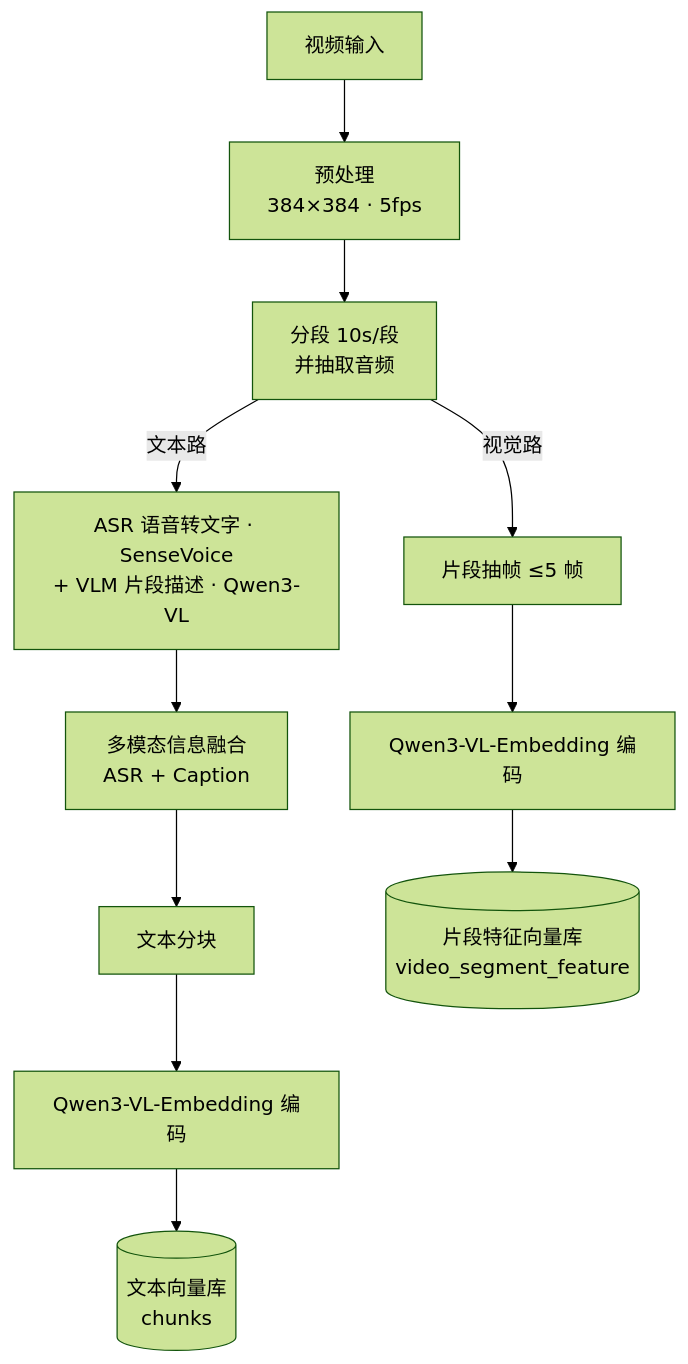
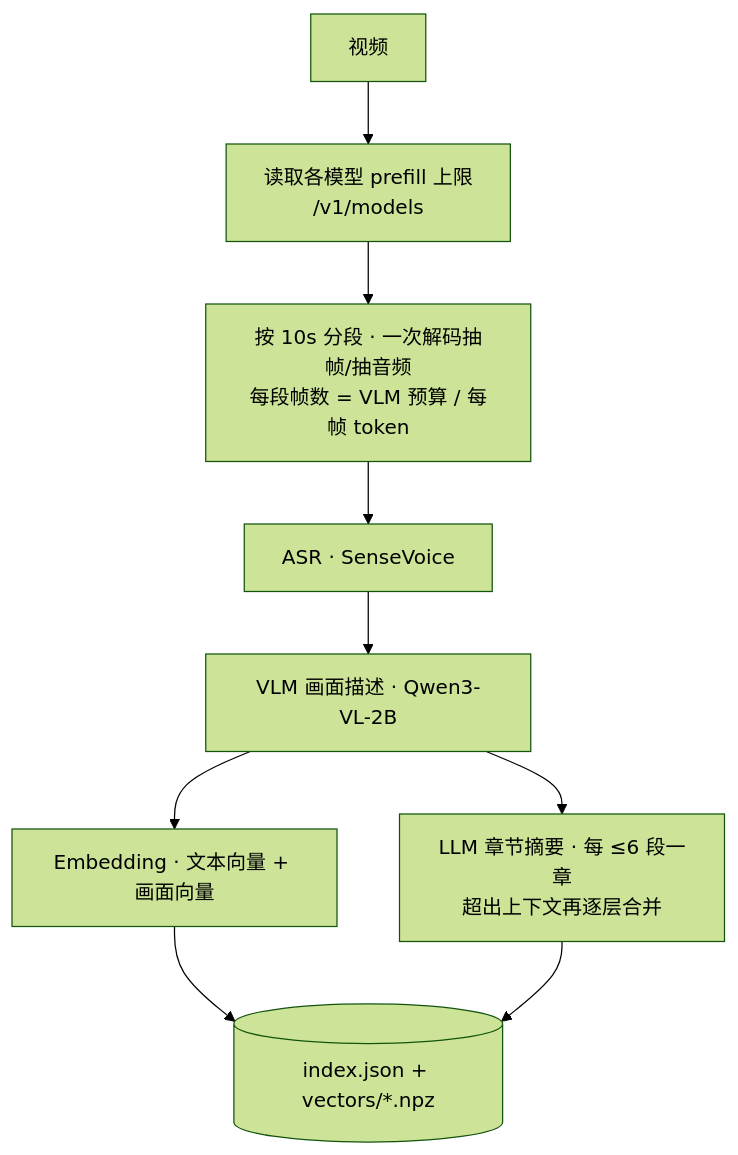
The first of 2 diagrams in README.md (ZHEQIUSHUI/VideoAgent-AX650N), drawn with Mermaid (forest theme) before and after one commit. The commit also changed other lines of this file and 79 other files, not shown here.

````diff
--- a/README.md
+++ b/README.md
@@ -106,15 +103,11 @@
 ```mermaid
 flowchart TD
-    A[视频输入] --> B[预处理<br/>384×384 · 5fps]
-    B --> C[分段 10s/段<br/>并抽取音频]
-
-    C -->|文本路| T1[ASR 语音转文字 · SenseVoice<br/>+ VLM 片段描述 · Qwen3-VL]
-    T1 --> T2[多模态信息融合<br/>ASR + Caption]
-    T2 --> T3[文本分块]
-    T3 --> T4[Qwen3-VL-Embedding 编码]
-    T4 --> DB1[(文本向量库<br/>chunks)]
-
-    C -->|视觉路| V1[片段抽帧 ≤5 帧]
-    V1 --> V2[Qwen3-VL-Embedding 编码]
-    V2 --> DB2[(片段特征向量库<br/>video_segment_feature)]
+    A[视频] --> B[读取各模型 prefill 上限<br/>/v1/models]
+    B --> C[按 10s 分段 · 一次解码抽帧/抽音频<br/>每段帧数 = VLM 预算 / 每帧 token]
+    C --> D[ASR · SenseVoice]
+    D --> E[VLM 画面描述 · Qwen3-VL-2B]
+    E --> F[Embedding · 文本向量 + 画面向量]
+    E --> G[LLM 章节摘要 · 每 ≤6 段一章<br/>超出上下文再逐层合并]
+    F --> H[(index.json + vectors/*.npz)]
+    G --> H
 ```
````
